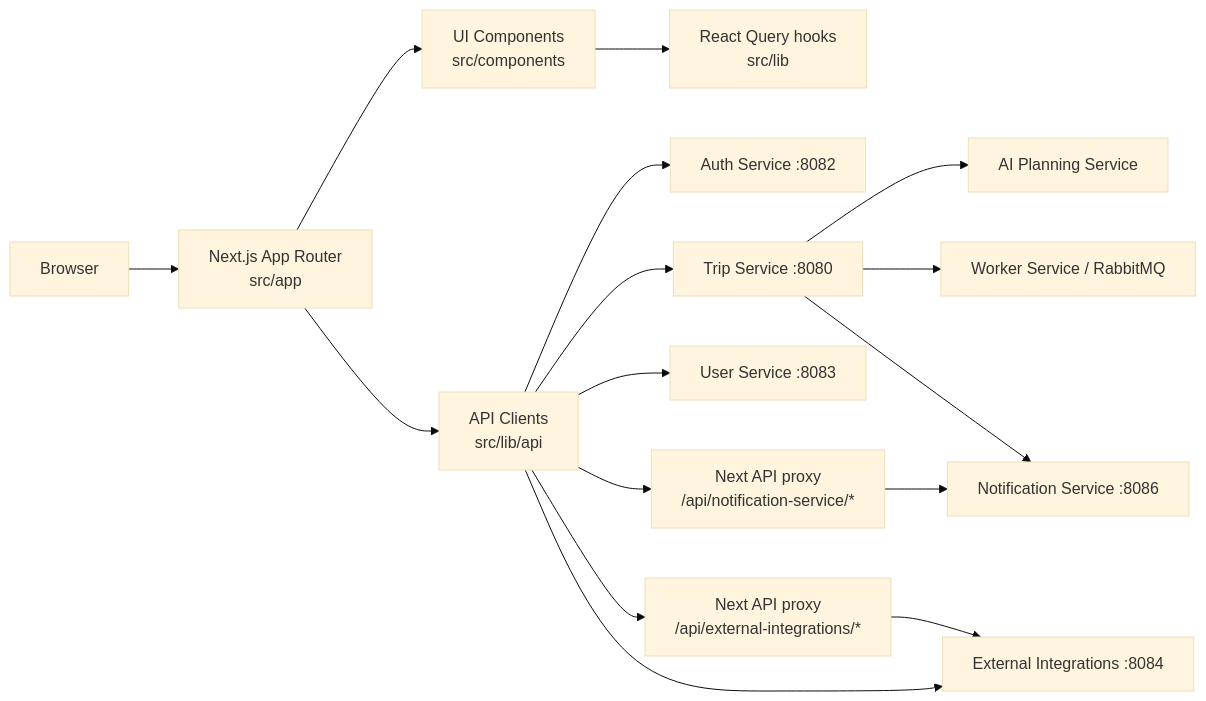
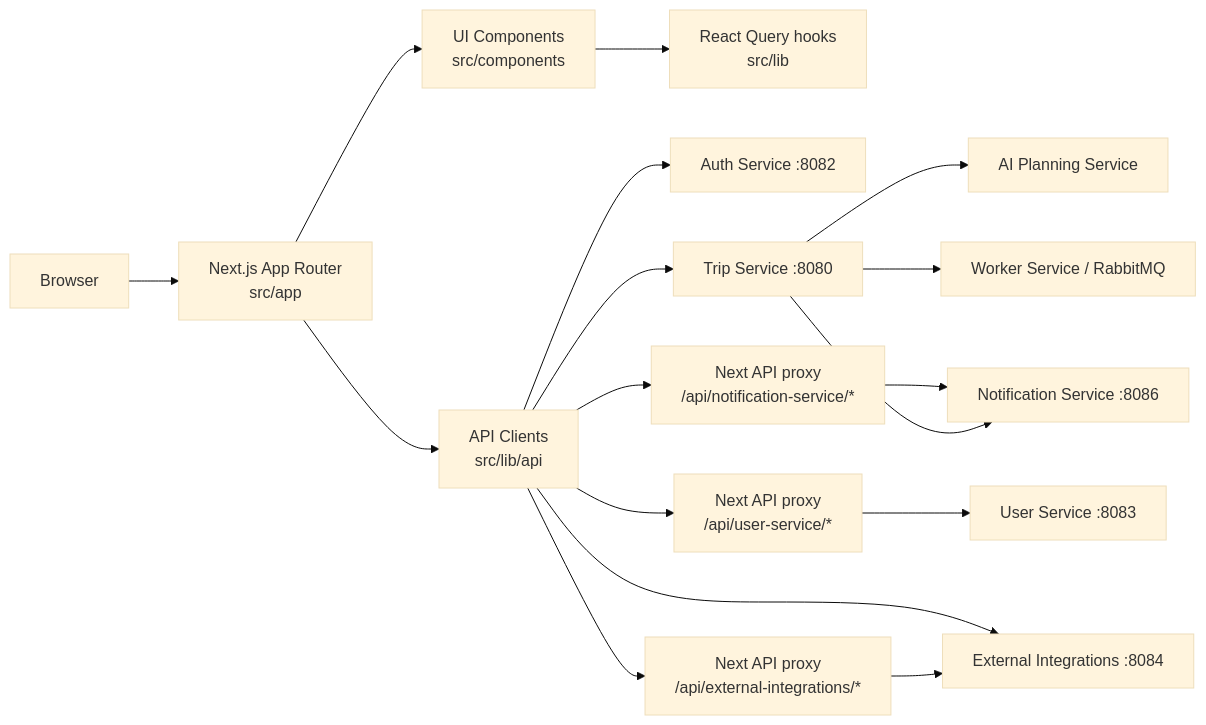
Before and after one commit to KovalenkoDima236961/Travel_Ai_App: the first of 3 diagrams in apps/web/README.md, drawn with Mermaid (base theme). The commit also changed other lines of this file and 109 other files, not shown here.

````diff
--- a/apps/web/README.md
+++ b/apps/web/README.md
@@ -10,21 +10,22 @@
 ```mermaid
 flowchart LR
     Browser["Browser"] --> App["Next.js App Router<br/>src/app"]
     App --> Components["UI Components<br/>src/components"]
     App --> API["API Clients<br/>src/lib/api"]
     Components --> Hooks["React Query hooks<br/>src/lib"]
 
     API --> Auth["Auth Service :8082"]
     API --> Trip["Trip Service :8080"]
-    API --> User["User Service :8083"]
+    API --> UserProxy["Next API proxy<br/>/api/user-service/*"]
     API --> External["External Integrations :8084"]
     API --> NotifyProxy["Next API proxy<br/>/api/notification-service/*"]
     API --> ExternalProxy["Next API proxy<br/>/api/external-integrations/*"]
 
+    UserProxy --> User["User Service :8083"]
     NotifyProxy --> Notify["Notification Service :8086"]
     ExternalProxy --> External
 
     Trip --> AI["AI Planning Service"]
     Trip --> Worker["Worker Service / RabbitMQ"]
     Trip --> Notify
 ```
````
